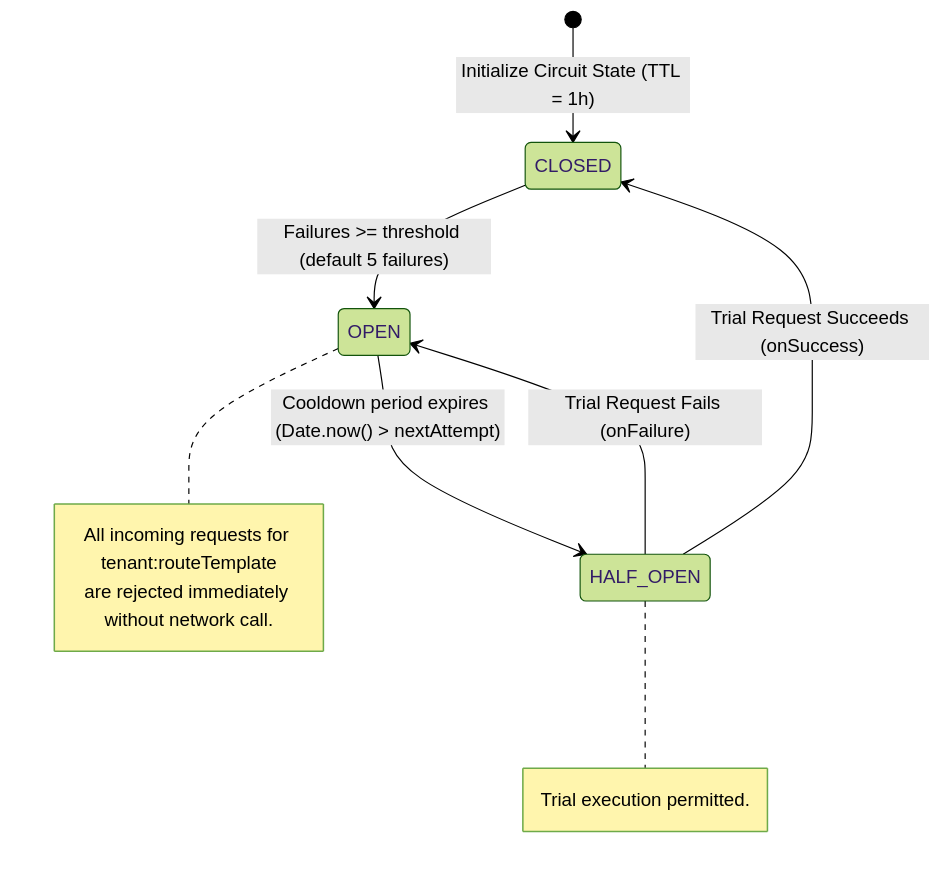
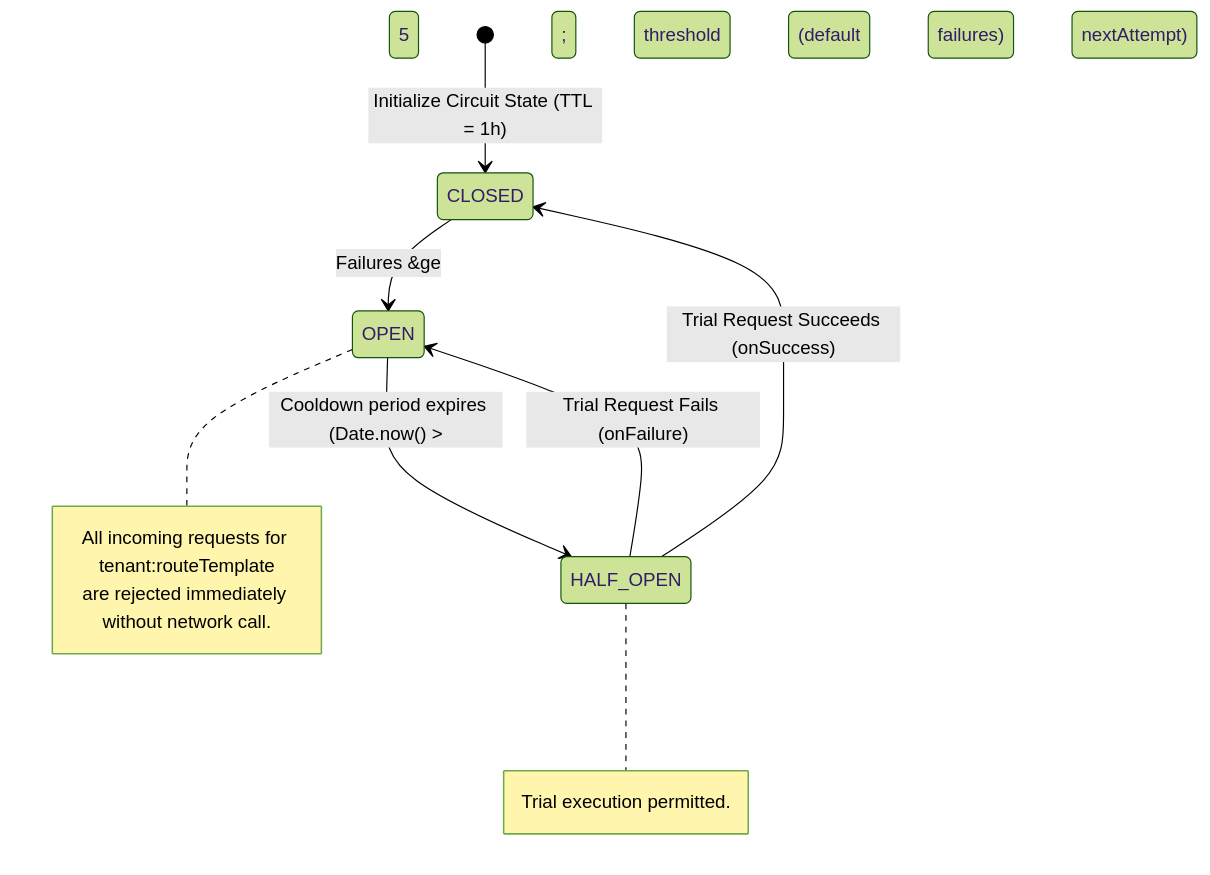
The third of 5 diagrams in packages/node/shared-infra/docs/adr/0001-scalable-resilient-telemetry-http-pipeline.md (Chief-Strategist-J/llm-observability-platform), drawn with Mermaid (forest theme) before and after one commit. The commit also changed other lines of this file, not shown here.

Commit message:
fix(docs): resolve Mermaid diagram rendering errors in ADR 0001

````diff
--- a/packages/node/shared-infra/docs/adr/0001-scalable-resilient-telemetry-http-pipeline.md
+++ b/packages/node/shared-infra/docs/adr/0001-scalable-resilient-telemetry-http-pipeline.md
@@ -218,18 +218,18 @@
 ```mermaid
 stateDiagram-v2
   [*] --> CLOSED : Initialize Circuit State (TTL = 1h)
 
-  CLOSED --> OPEN : Failures >= threshold (default 5 failures)
+  CLOSED --> OPEN : Failures &ge; threshold (default 5 failures)
   note right of OPEN
     All incoming requests for tenant:routeTemplate
     are rejected immediately without network call.
   end note
 
-  OPEN --> HALF_OPEN : Cooldown period expires (Date.now() > nextAttempt)
+  OPEN --> HALF_OPEN : Cooldown period expires (Date.now() &gt; nextAttempt)
   note right of HALF_OPEN
     Trial execution permitted.
   end note
 
   HALF_OPEN --> CLOSED : Trial Request Succeeds (onSuccess)
   HALF_OPEN --> OPEN : Trial Request Fails (onFailure)
 ```
````
